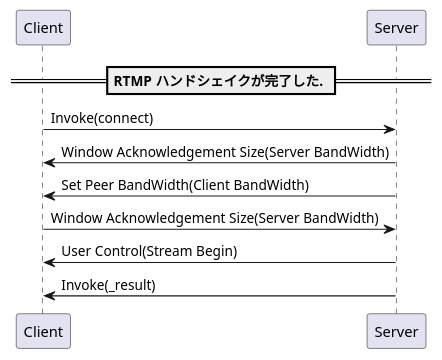
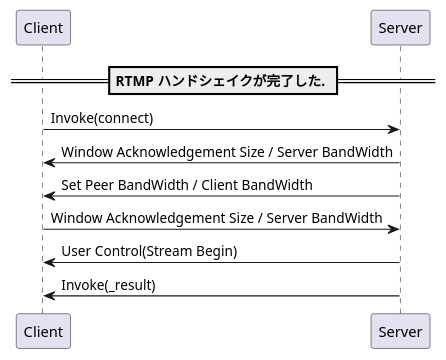
The fourth of 5 diagrams in src/markdowns/Overview.md (t-matsudate/rtmp-reports-src), drawn with PlantUML before and after one commit. The commit also changed other lines of this file and 1 other file, not shown here.

Commit message:
Added: The invoke(connect) sequences in FFmpeg.

```diff
--- a/src/markdowns/Overview.md
+++ b/src/markdowns/Overview.md
@@ -1287,9 +1288,9 @@
 @startuml
 == RTMP ハンドシェイクが完了した. ==
 Client -> Server: Invoke(connect)
-Server -> Client: Window Acknowledgement Size(Server BandWidth)
-Server -> Client: Set Peer BandWidth(Client BandWidth)
-Client -> Server: Window Acknowledgement Size(Server BandWidth)
+Server -> Client: Window Acknowledgement Size / Server BandWidth
+Server -> Client: Set Peer BandWidth / Client BandWidth
+Client -> Server: Window Acknowledgement Size / Server BandWidth
 Server -> Client: User Control(Stream Begin)
 Server -> Client: Invoke(_result)
 @enduml
```
